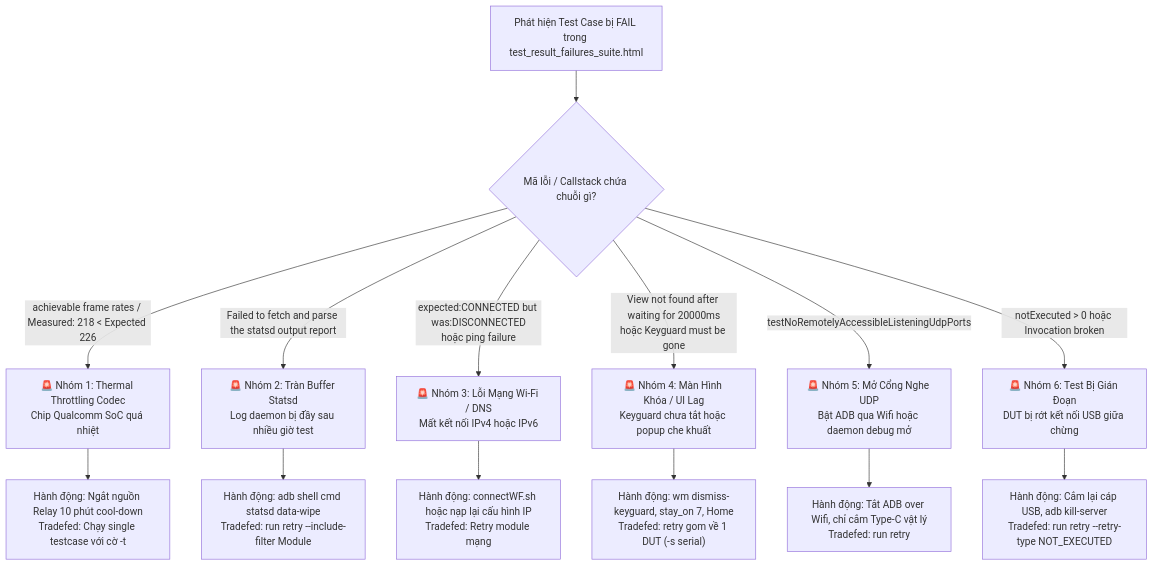
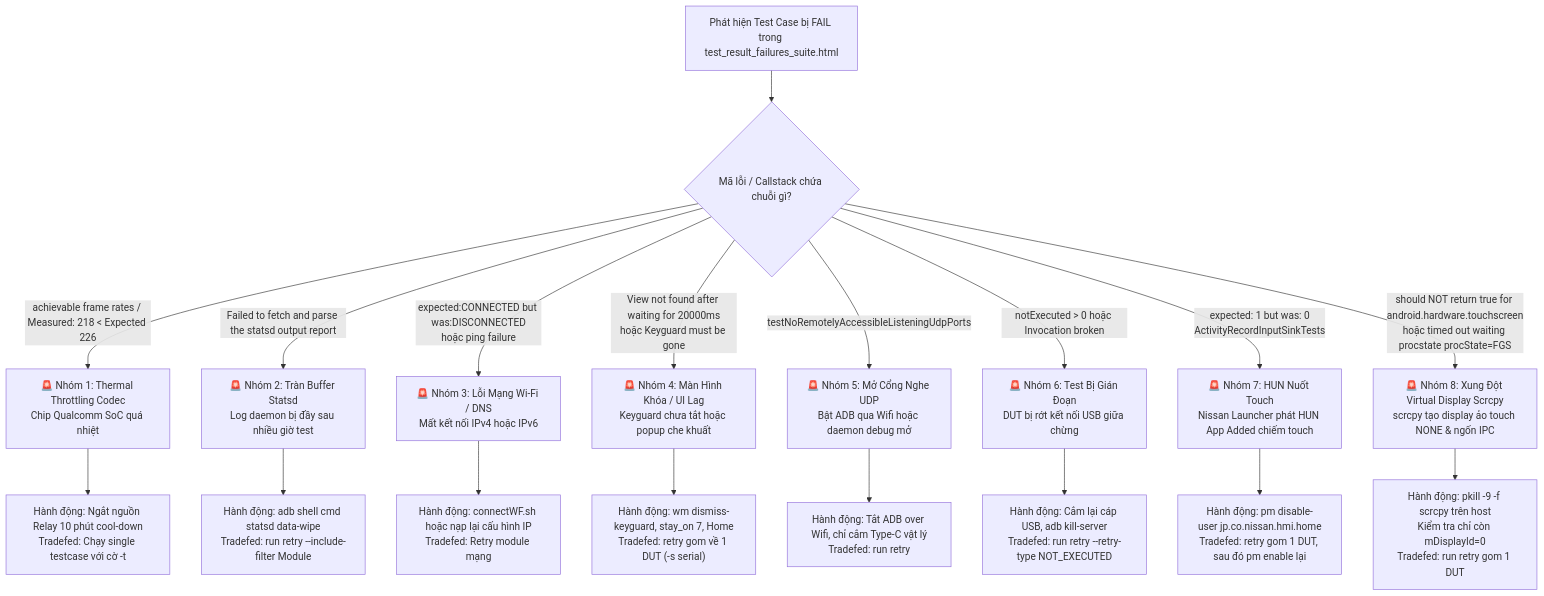
The diagram in .agents/skills/cts-test/SKILL.md (PhamDuc001/xTS_Tool), drawn with Mermaid before and after one commit. The commit also changed other lines of this file and 4 other files, not shown here.

````diff
--- a/.agents/skills/cts-test/SKILL.md
+++ b/.agents/skills/cts-test/SKILL.md
@@ -56,22 +58,28 @@
 ```mermaid
 flowchart TD
     Start["Phát hiện Test Case bị FAIL trong test_result_failures_suite.html"] --> Type{"Mã lỗi / Callstack chứa chuỗi gì?"}
     
     Type -- "achievable frame rates / Measured: 218 < Expected 226" --> Codec["🚨 Nhóm 1: Thermal Throttling Codec<br>Chip Qualcomm SoC quá nhiệt"]
     Codec --> ActCodec["Hành động: Ngắt nguồn Relay 10 phút cool-down<br>Tradefed: Chạy single testcase với cờ -t"]
     
     Type -- "Failed to fetch and parse the statsd output report" --> Statsd["🚨 Nhóm 2: Tràn Buffer Statsd<br>Log daemon bị đầy sau nhiều giờ test"]
     Statsd --> ActStatsd["Hành động: adb shell cmd statsd data-wipe<br>Tradefed: run retry --include-filter Module"]
     
     Type -- "expected:CONNECTED but was:DISCONNECTED<br>hoặc ping failure" --> Wifi["🚨 Nhóm 3: Lỗi Mạng Wi-Fi / DNS<br>Mất kết nối IPv4 hoặc IPv6"]
     Wifi --> ActWifi["Hành động: connectWF.sh hoặc nạp lại cấu hình IP<br>Tradefed: Retry module mạng"]
     
     Type -- "View not found after waiting for 20000ms<br>hoặc Keyguard must be gone" --> UI["🚨 Nhóm 4: Màn Hình Khóa / UI Lag<br>Keyguard chưa tắt hoặc popup che khuất"]
     UI --> ActUI["Hành động: wm dismiss-keyguard, stay_on 7, Home<br>Tradefed: retry gom về 1 DUT (-s serial)"]
     
     Type -- "testNoRemotelyAccessibleListeningUdpPorts" --> Port["🚨 Nhóm 5: Mở Cổng Nghe UDP<br>Bật ADB qua Wifi hoặc daemon debug mở"]
     Port --> ActPort["Hành động: Tắt ADB over Wifi, chỉ cắm Type-C vật lý<br>Tradefed: run retry"]
 
     Type -- "notExecuted > 0 hoặc Invocation broken" --> Break["🚨 Nhóm 6: Test Bị Gián Đoạn<br>DUT bị rớt kết nối USB giữa chừng"]
     Break --> ActBreak["Hành động: Cắm lại cáp USB, adb kill-server<br>Tradefed: run retry --retry-type NOT_EXECUTED"]
+
+    Type -- "expected: 1 but was: 0<br>ActivityRecordInputSinkTests" --> HUN["🚨 Nhóm 7: HUN Nuốt Touch<br>Nissan Launcher phát HUN App Added chiếm touch"]
+    HUN --> ActHUN["Hành động: pm disable-user jp.co.nissan.hmi.home<br>Tradefed: retry gom 1 DUT, sau đó pm enable lại"]
+
+    Type -- "should NOT return true for android.hardware.touchscreen<br>hoặc timed out waiting procstate procState=FGS" --> Scrcpy["🚨 Nhóm 8: Xung Đột Virtual Display Scrcpy<br>scrcpy tạo display ảo touch NONE & ngốn IPC"]
+    Scrcpy --> ActScrcpy["Hành động: pkill -9 -f scrcpy trên host<br>Kiểm tra chỉ còn mDisplayId=0<br>Tradefed: run retry gom 1 DUT"]
 ```
````
